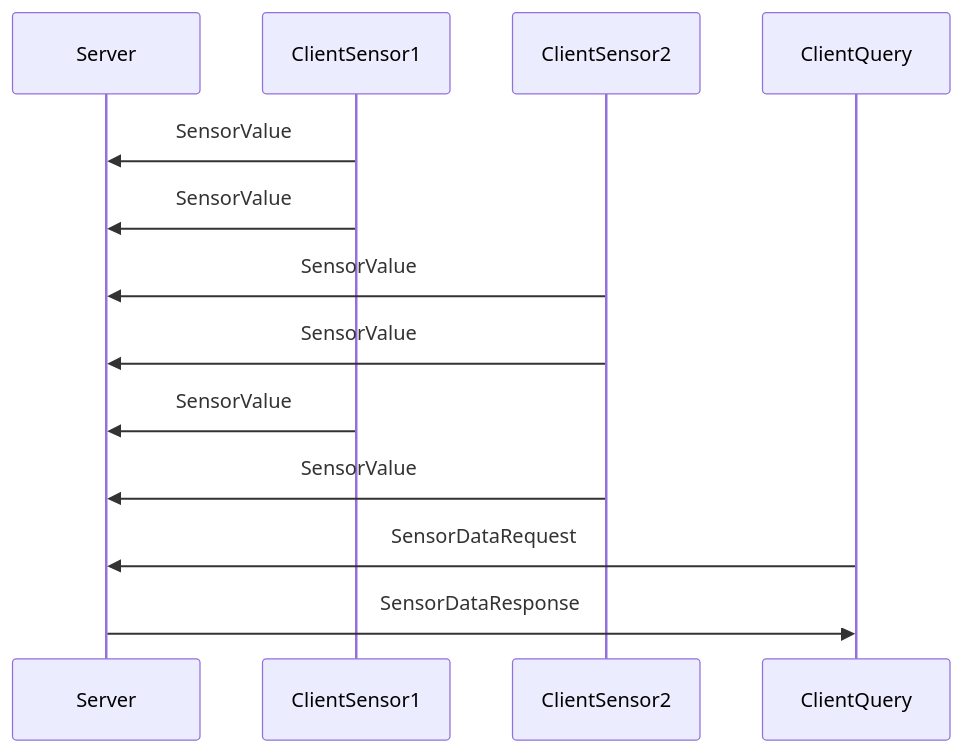
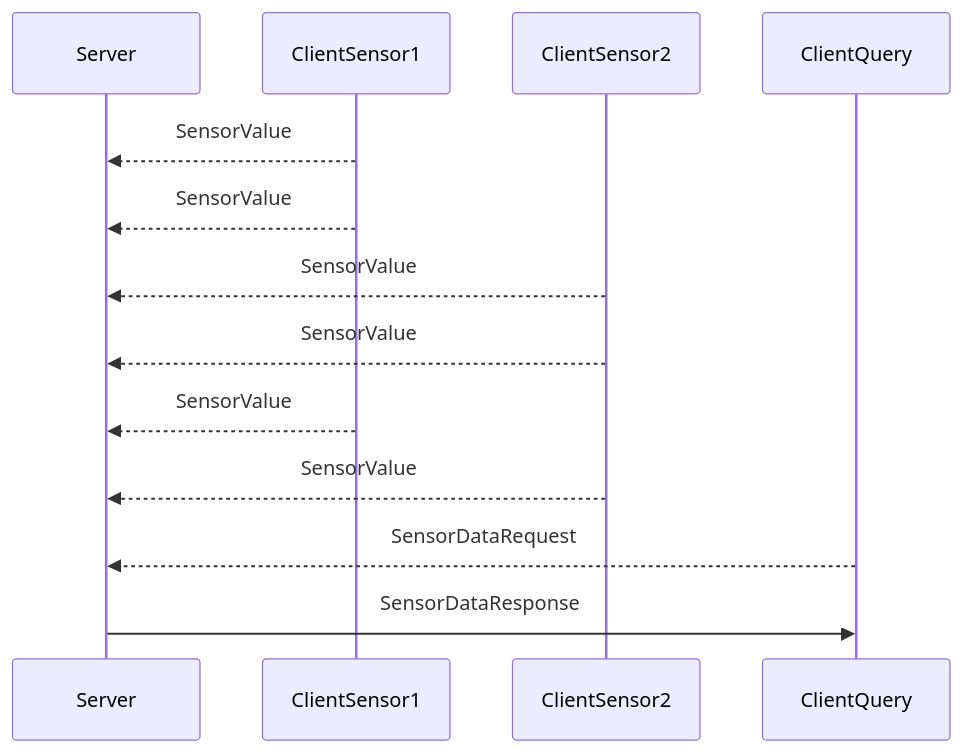
The diagram in README.md (edyev/sensors), drawn with Mermaid before and after one commit.

Commit message:
Use dotted lines for messages to server

````diff
--- a/README.md
+++ b/README.md
@@ -4,17 +4,17 @@
 ```mermaid
   sequenceDiagram
     participant Server
     participant ClientSensor1
     participant ClientSensor2
     participant ClientQuery
 
-    ClientSensor1 ->> Server: SensorValue
-    ClientSensor1 ->> Server: SensorValue
-    ClientSensor2 ->> Server: SensorValue
-    ClientSensor2 ->> Server: SensorValue
-    ClientSensor1 ->> Server: SensorValue
-    ClientSensor2 ->> Server: SensorValue
+    ClientSensor1 -->> Server: SensorValue
+    ClientSensor1 -->> Server: SensorValue
+    ClientSensor2 -->> Server: SensorValue
+    ClientSensor2 -->> Server: SensorValue
+    ClientSensor1 -->> Server: SensorValue
+    ClientSensor2 -->> Server: SensorValue
 
-    ClientQuery ->> Server: SensorDataRequest
+    ClientQuery -->> Server: SensorDataRequest
     Server ->> ClientQuery: SensorDataResponse
 ```
````
